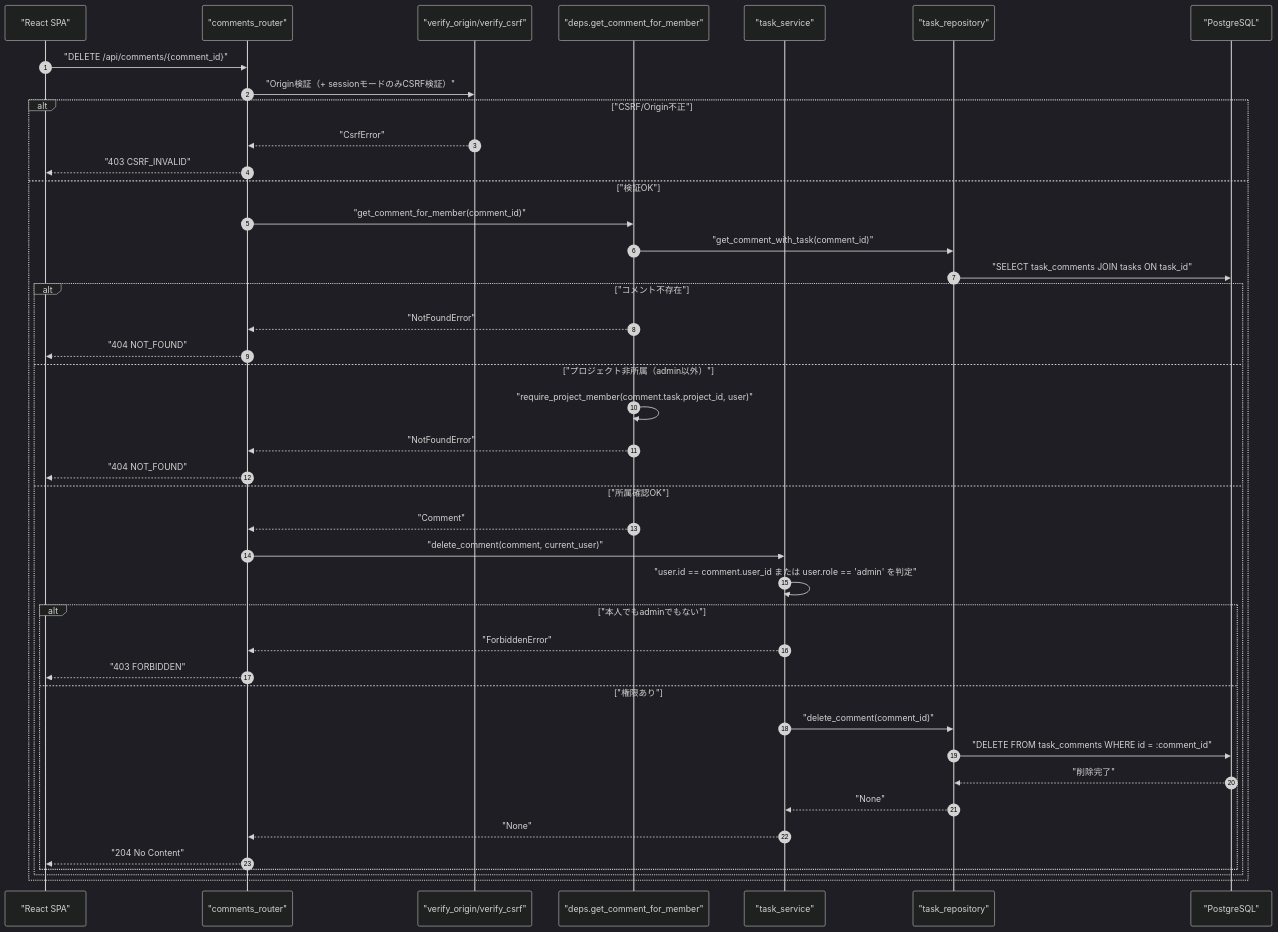
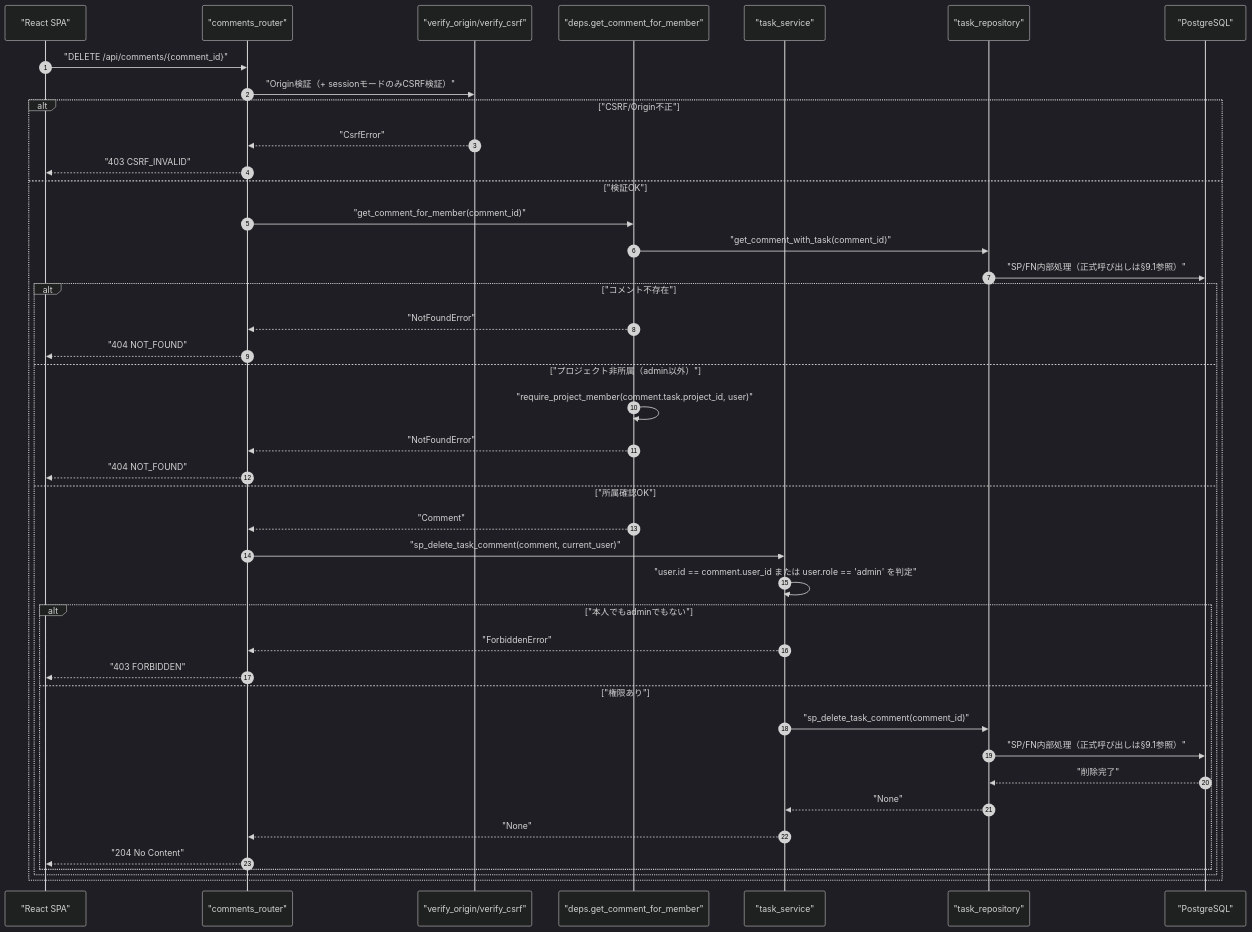
One commit to oikawa-d/task_management changed the first of 4 diagrams in detailed_design/api/tasks/09_delete_comment.md. Above: the diagram before and after it, drawn with Mermaid (dark theme). The commit also changed other lines of this file and 58 other files, not shown here.

````diff
--- a/detailed_design/api/tasks/09_delete_comment.md
+++ b/detailed_design/api/tasks/09_delete_comment.md
@@ -66,45 +66,45 @@
 ```mermaid
 sequenceDiagram
     autonumber
     participant FE as "React SPA"
     participant R as "comments_router"
     participant V as "verify_origin/verify_csrf"
     participant D as "deps.get_comment_for_member"
     participant S as "task_service"
     participant TR as "task_repository"
     participant PG as "PostgreSQL"
 
     FE->>R: "DELETE /api/comments/{comment_id}"
     R->>V: "Origin検証（+ sessionモードのみCSRF検証）"
     alt "CSRF/Origin不正"
         V-->>R: "CsrfError"
         R-->>FE: "403 CSRF_INVALID"
     else "検証OK"
         R->>D: "get_comment_for_member(comment_id)"
         D->>TR: "get_comment_with_task(comment_id)"
-        TR->>PG: "SELECT task_comments JOIN tasks ON task_id"
+        TR->>PG: "SP/FN内部処理（正式呼び出しは§9.1参照）"
         alt "コメント不存在"
             D-->>R: "NotFoundError"
             R-->>FE: "404 NOT_FOUND"
         else "プロジェクト非所属（admin以外）"
             D->>D: "require_project_member(comment.task.project_id, user)"
             D-->>R: "NotFoundError"
             R-->>FE: "404 NOT_FOUND"
         else "所属確認OK"
             D-->>R: "Comment"
-            R->>S: "delete_comment(comment, current_user)"
+            R->>S: "sp_delete_task_comment(comment, current_user)"
             S->>S: "user.id == comment.user_id または user.role == 'admin' を判定"
             alt "本人でもadminでもない"
                 S-->>R: "ForbiddenError"
                 R-->>FE: "403 FORBIDDEN"
             else "権限あり"
-                S->>TR: "delete_comment(comment_id)"
-                TR->>PG: "DELETE FROM task_comments WHERE id = :comment_id"
+                S->>TR: "sp_delete_task_comment(comment_id)"
+                TR->>PG: "SP/FN内部処理（正式呼び出しは§9.1参照）"
                 PG-->>TR: "削除完了"
                 TR-->>S: "None"
                 S-->>R: "None"
                 R-->>FE: "204 No Content"
             end
         end
     end
 ```
````
